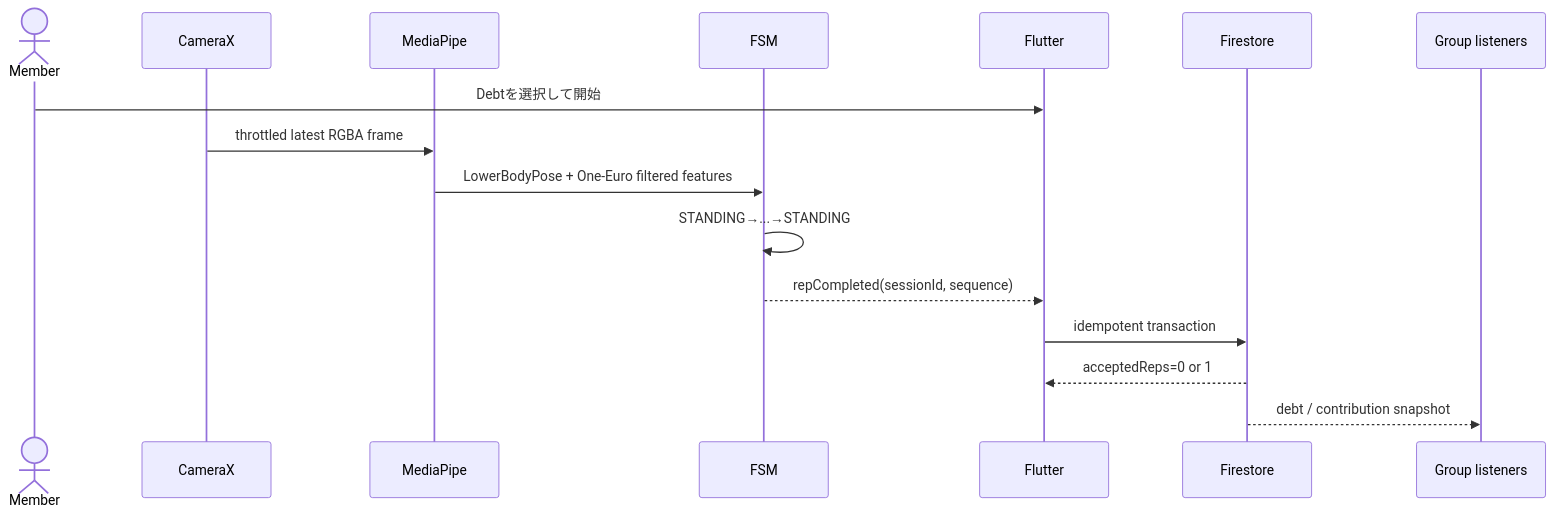
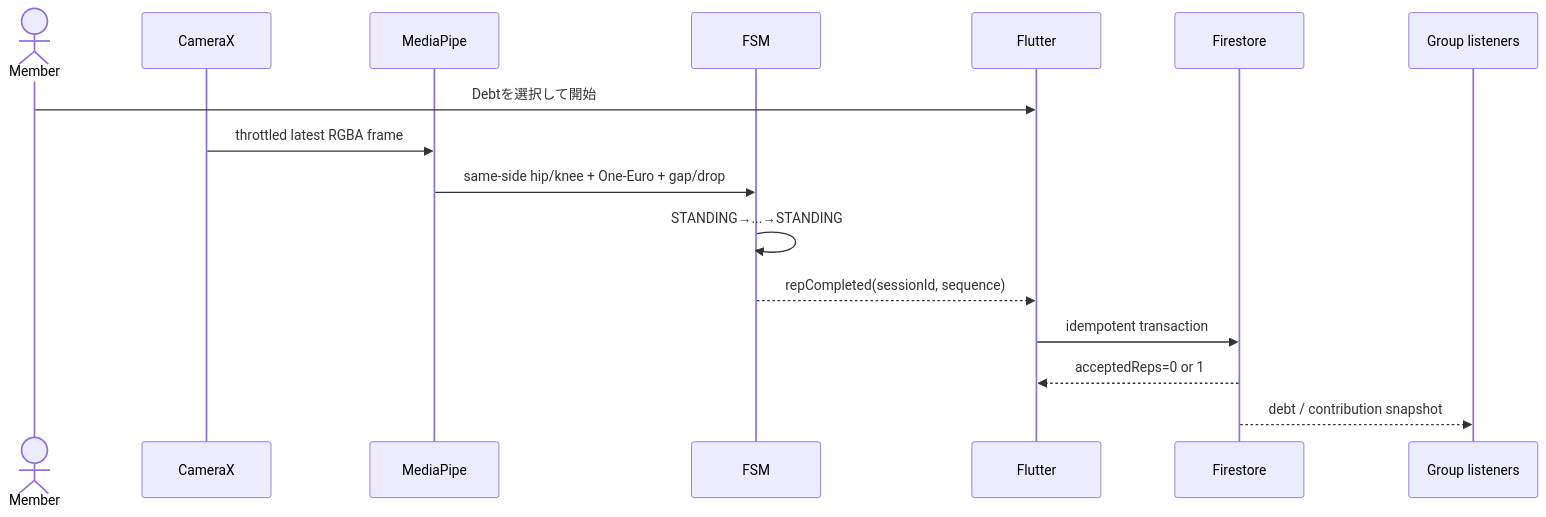
Before and after one commit to kren-team/MICHIZURE: the fourth of 5 diagrams in docs/architecture.md, drawn with Mermaid. The commit also changed 9 other files, not shown here.

````diff
--- a/docs/architecture.md
+++ b/docs/architecture.md
@@ -212,19 +212,19 @@
 ```mermaid
 sequenceDiagram
     actor Member
     participant CameraX
     participant MediaPipe
     participant FSM
     participant Flutter
     participant Firestore
     participant Peers as Group listeners
 
     Member->>Flutter: Debtを選択して開始
     CameraX->>MediaPipe: throttled latest RGBA frame
-    MediaPipe->>FSM: LowerBodyPose + One-Euro filtered features
+    MediaPipe->>FSM: same-side hip/knee + One-Euro + gap/drop
     FSM->>FSM: STANDING→...→STANDING
     FSM-->>Flutter: repCompleted(sessionId, sequence)
     Flutter->>Firestore: idempotent transaction
     Firestore-->>Flutter: acceptedReps=0 or 1
     Firestore-->>Peers: debt / contribution snapshot
 ```
````
